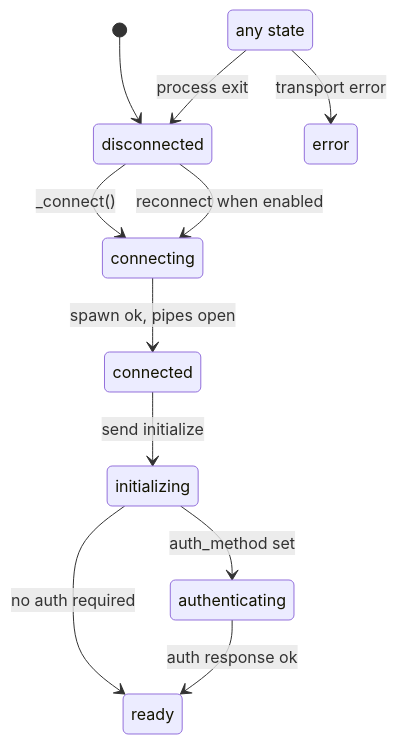
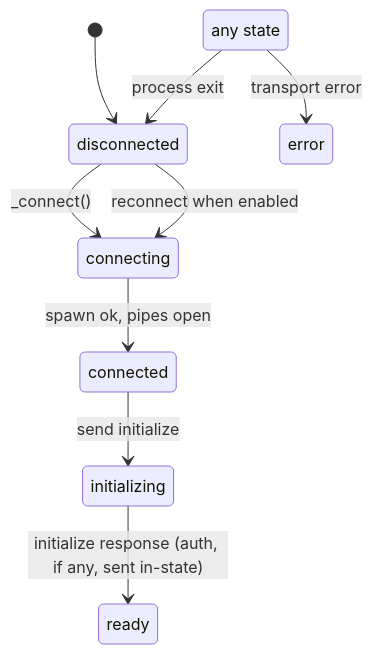
The diagram in .agents/skills/agentic-acp-protocol-flow/references/client-lifecycle.md (carlos-algms/agentic.nvim), drawn with Mermaid before and after one commit. The commit also changed 6 other files, not shown here.

````diff
--- a/.agents/skills/agentic-acp-protocol-flow/references/client-lifecycle.md
+++ b/.agents/skills/agentic-acp-protocol-flow/references/client-lifecycle.md
@@ -5,15 +5,13 @@
 ```mermaid
 stateDiagram-v2
     [*] --> disconnected
     disconnected --> connecting: _connect()
     connecting --> connected: spawn ok, pipes open
     connected --> initializing: send initialize
-    initializing --> authenticating: auth_method set
-    initializing --> ready: no auth required
-    authenticating --> ready: auth response ok
+    initializing --> ready: initialize response (auth, if any, sent in-state)
     disconnected --> connecting: reconnect when enabled
 
     state "any state" as any
     any --> disconnected: process exit
     any --> error: transport error
 ```
````
